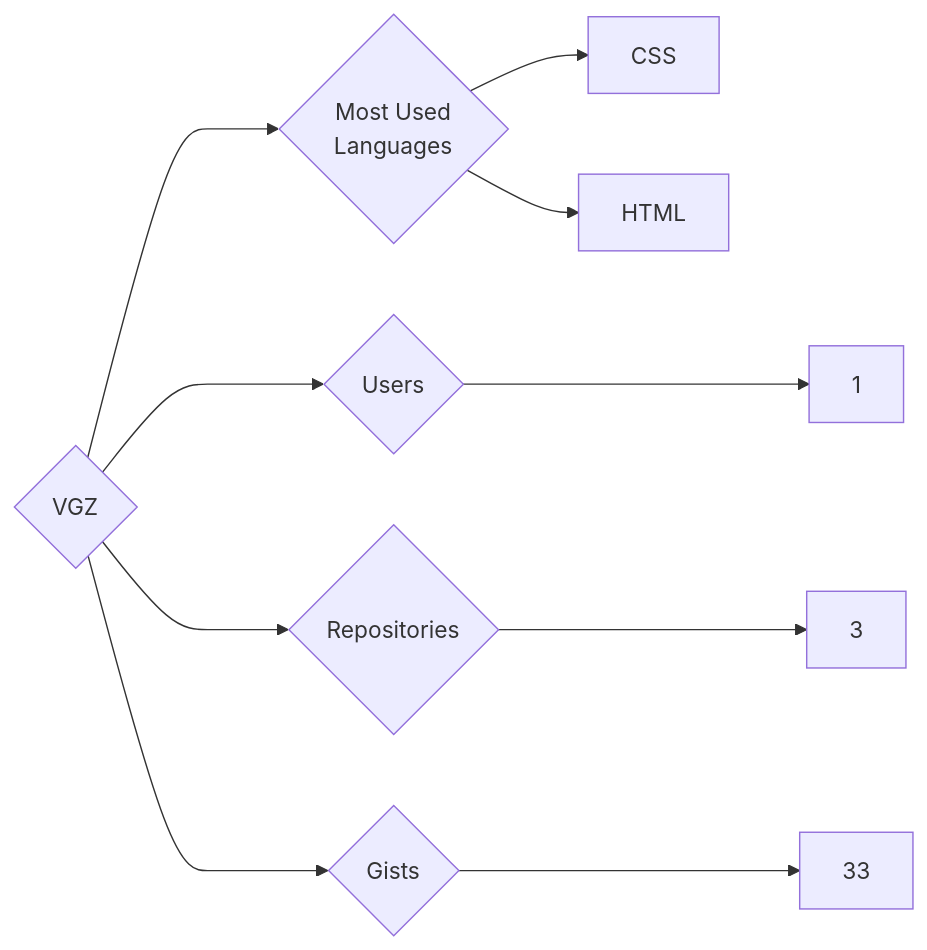
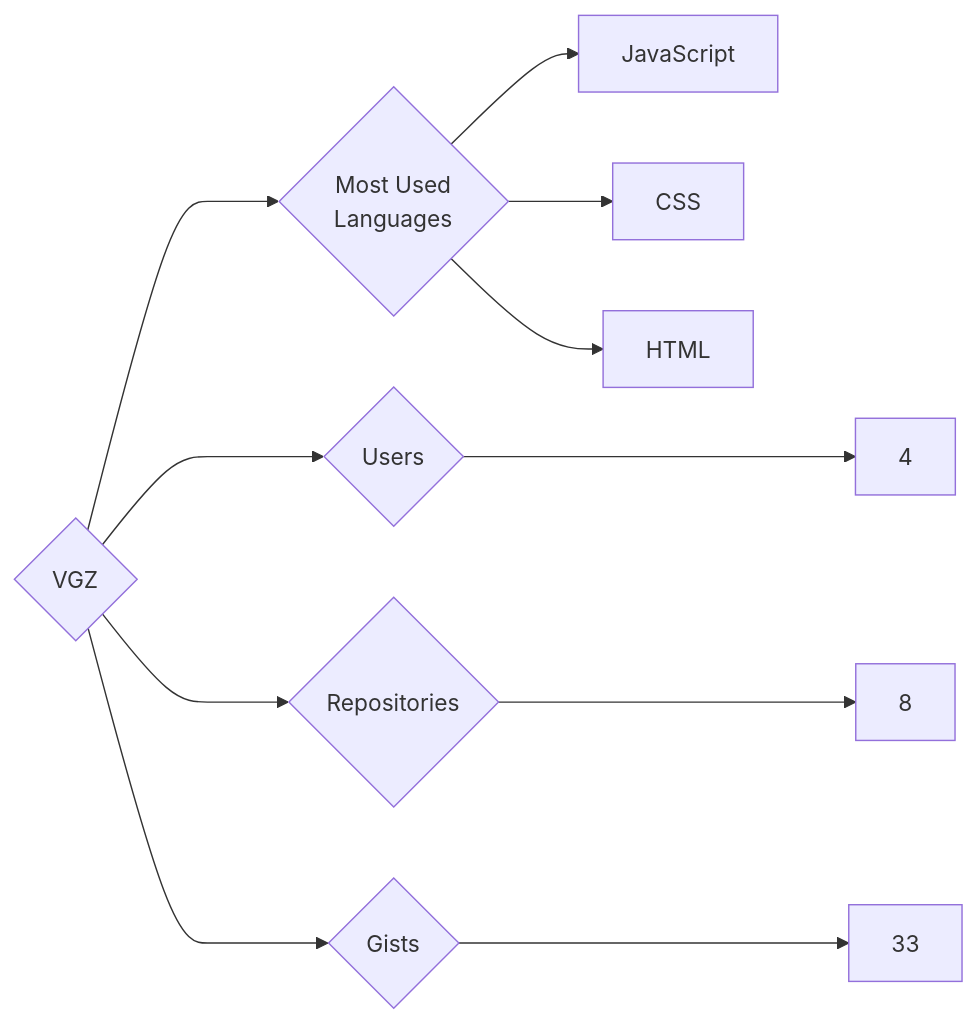
The diagram in targets/VGZ/README.md (trickest/insiders), drawn with Mermaid before and after one commit. The commit also changed 1479 other files, not shown here.

````diff
--- a/targets/VGZ/README.md
+++ b/targets/VGZ/README.md
@@ -3,10 +3,11 @@
 ```mermaid
 graph LR
 COMPANY_NAME{VGZ}
-COMPANY_NAME ---> U{Users} ---> UN[1]
-COMPANY_NAME ---> R{Repositories} ---> RN[3]
+COMPANY_NAME ---> U{Users} ---> UN[4]
+COMPANY_NAME ---> R{Repositories} ---> RN[8]
 COMPANY_NAME ---> G{Gists} ---> GN[33]
 COMPANY_NAME ---> ML{Most Used<br>Languages}
+ML --> JavaScript[JavaScript]
 ML --> CSS[CSS]
 ML --> HTML[HTML]
 ```
````
